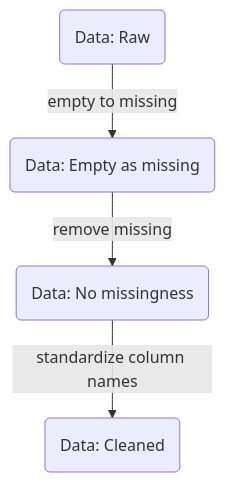
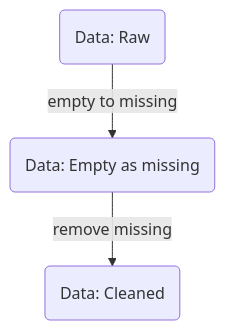
One commit to seedcase-project/community changed the fifth of 9 diagrams in posts/functional-programming-talk-2025/slides.qmd. Above: the diagram before and after it, drawn with Mermaid. The commit also changed other lines of this file and 3 other files, not shown here.

````diff
--- a/posts/functional-programming-talk-2025/slides.qmd
+++ b/posts/functional-programming-talk-2025/slides.qmd
@@ -450,6 +523,5 @@
 ```{mermaid}
 graph TB
   A(Data: Raw) -->|"empty to missing"| B(Data: Empty as missing)
-  B -->|"remove missing"| C(Data: No missingness)
-  C -->|"standardize column names"| D(Data: Cleaned)
+  B -->|"remove missing"| C(Data: Cleaned)
 ```
````
